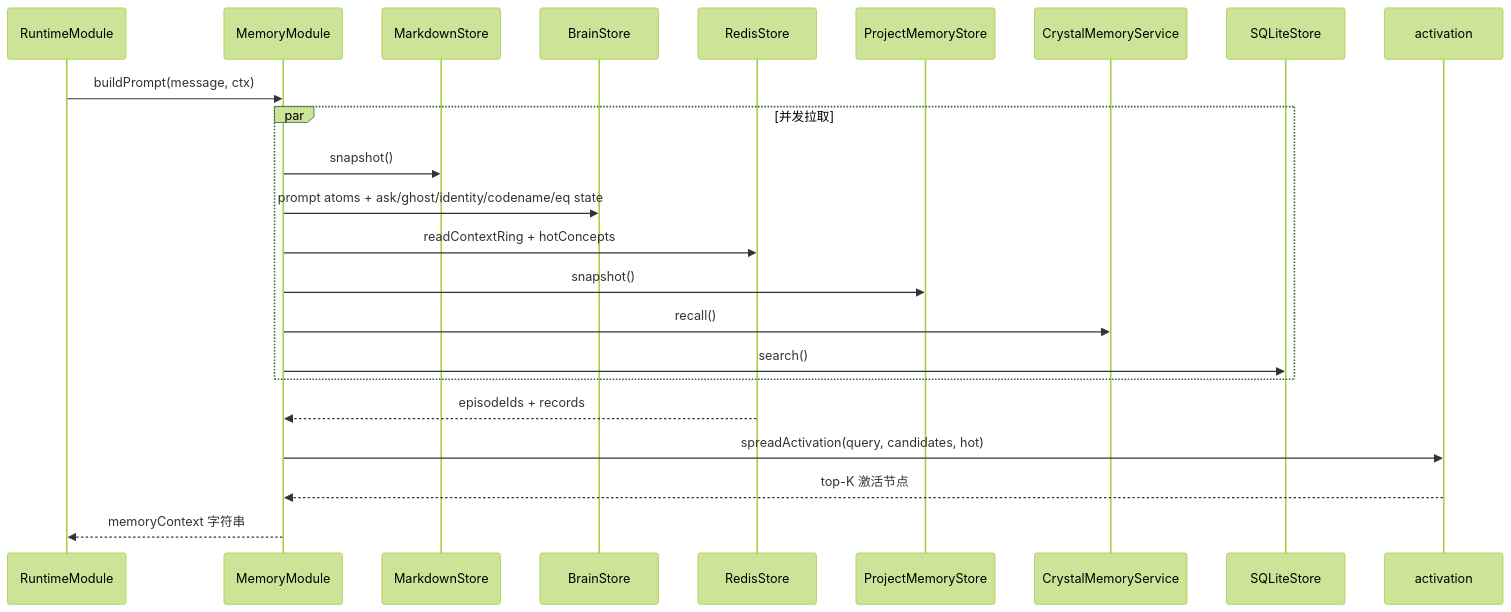
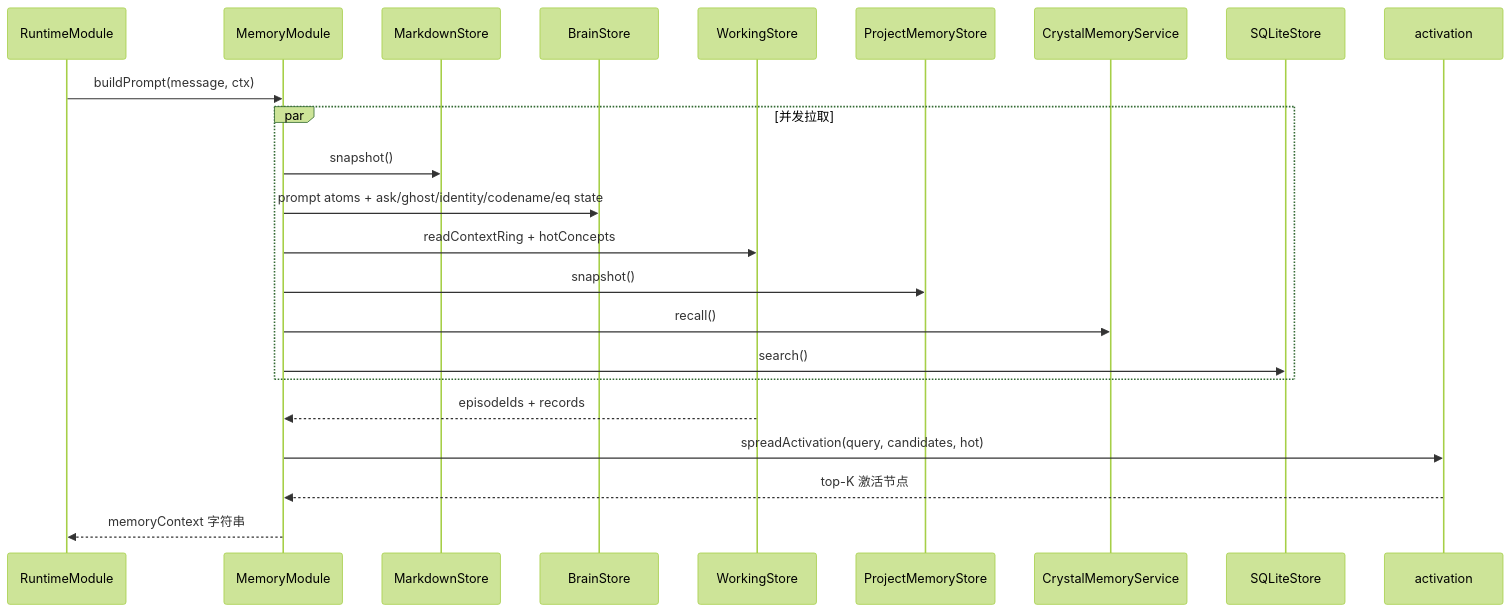
One commit to flyflor/flyflor changed the fourth of 5 diagrams in docs/memory.system.md. Above: the diagram before and after it, drawn with Mermaid (forest theme). The commit also changed other lines of this file and 38 other files, not shown here.

````diff
--- a/docs/memory.system.md
+++ b/docs/memory.system.md
@@ -139,25 +140,25 @@
 ```mermaid
 sequenceDiagram
     participant RT as RuntimeModule
     participant Mem as MemoryModule
     participant MD as MarkdownStore
     participant B as BrainStore
-    participant R as RedisStore
+    participant R as WorkingStore
     participant PM as ProjectMemoryStore
     participant CR as CrystalMemoryService
     participant SQ as SQLiteStore
     participant Act as activation
     RT->>Mem: buildPrompt(message, ctx)
     par 并发拉取
         Mem->>MD: snapshot()
         Mem->>B: prompt atoms + ask/ghost/identity/codename/eq state
         Mem->>R: readContextRing + hotConcepts
         Mem->>PM: snapshot()
         Mem->>CR: recall()
         Mem->>SQ: search()
     end
     R-->>Mem: episodeIds + records
     Mem->>Act: spreadActivation(query, candidates, hot)
     Act-->>Mem: top-K 激活节点
     Mem-->>RT: memoryContext 字符串
 ```
````
